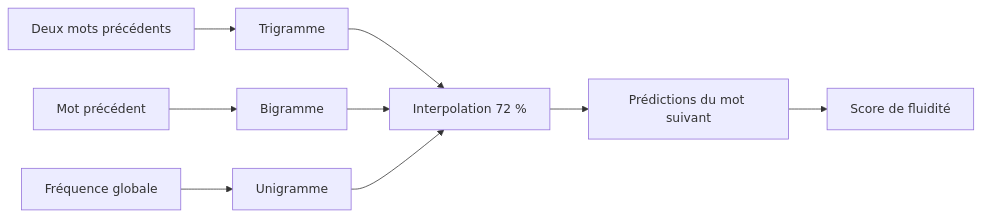
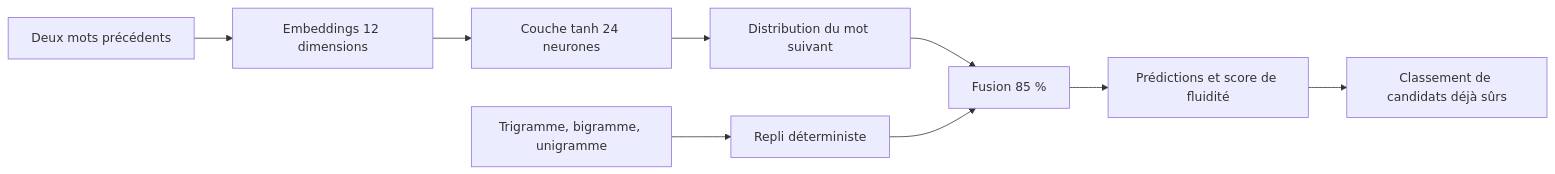
One commit to kaezerwatto/KORA changed the sixth of 7 diagrams in docs/ARCHITECTURE.md. Above: the diagram before and after it, drawn with Mermaid. The commit also changed other lines of this file and 27 other files, not shown here.

````diff
--- a/docs/ARCHITECTURE.md
+++ b/docs/ARCHITECTURE.md
@@ -174,11 +176,11 @@
 ```mermaid
 flowchart LR
-    A[Deux mots précédents] --> B[Trigramme]
-    C[Mot précédent] --> D[Bigramme]
-    E[Fréquence globale] --> F[Unigramme]
-    B --> G[Interpolation 72 %]
-    D --> G
+    A[Deux mots précédents] --> B[Embeddings 12 dimensions]
+    B --> C[Couche tanh 24 neurones]
+    C --> D[Distribution du mot suivant]
+    E[Trigramme, bigramme, unigramme] --> F[Repli déterministe]
+    D --> G[Fusion 85 %]
     F --> G
-    G --> H[Prédictions du mot suivant]
-    H --> I[Score de fluidité]
+    G --> H[Prédictions et score de fluidité]
+    H --> I[Classement de candidats déjà sûrs]
 ```
````
